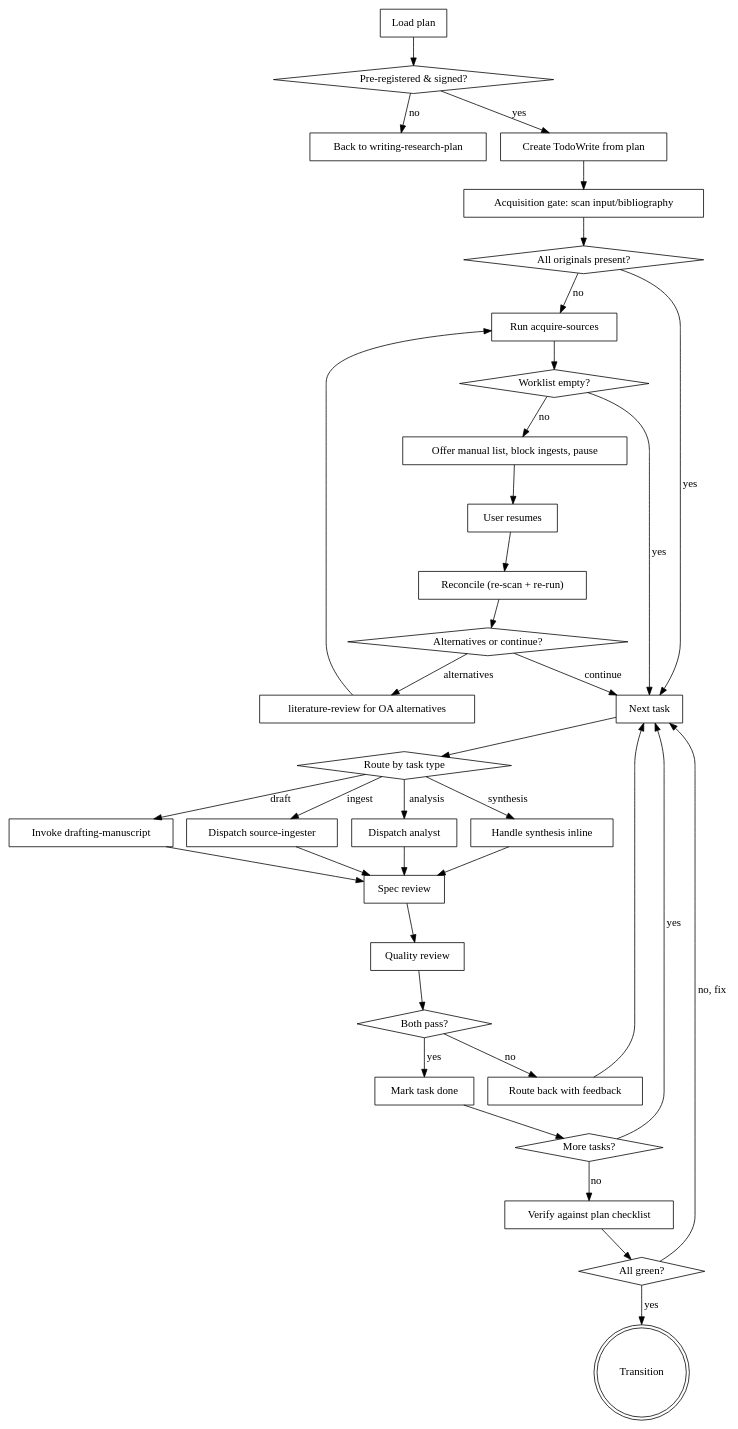
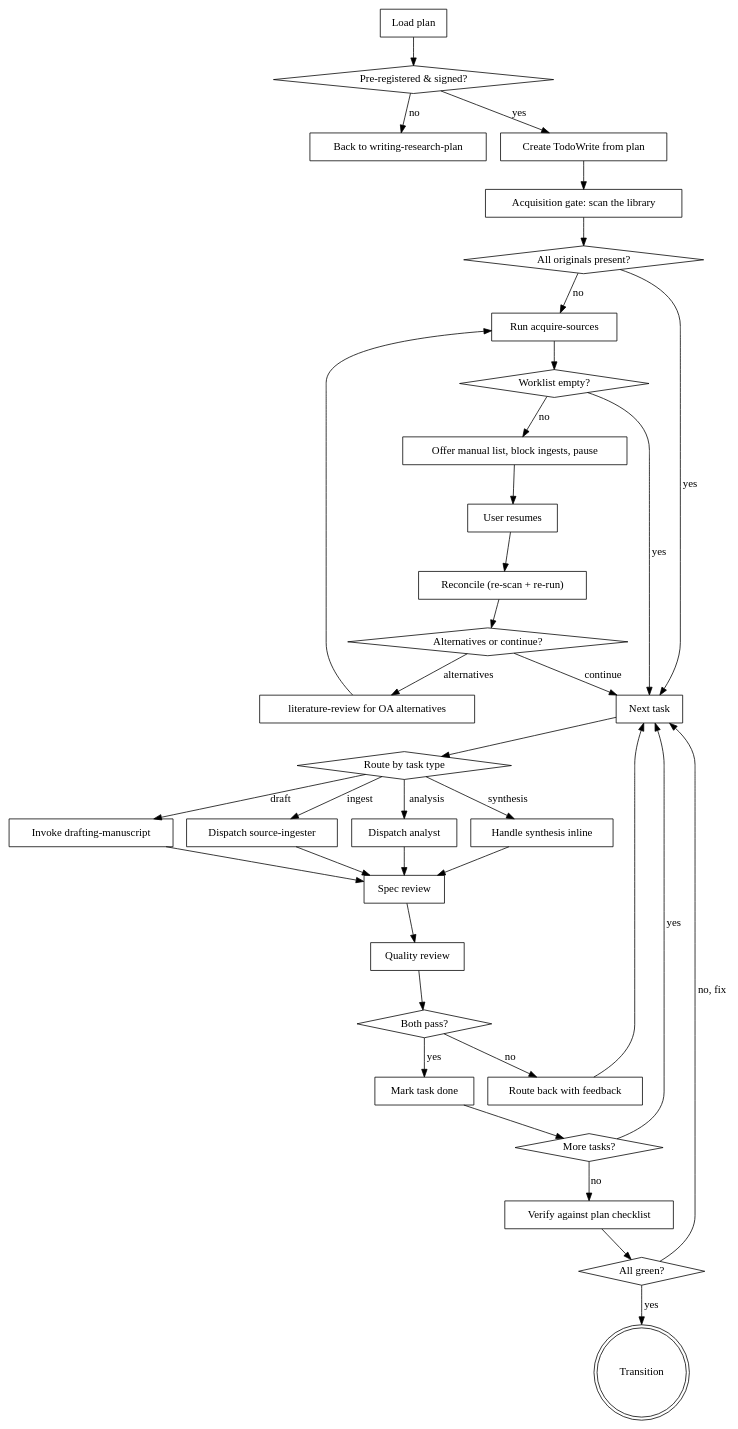
Before and after one commit to leiverkus/research-superpowers: the diagram in skills/executing-research-plan/SKILL.md, drawn with Graphviz. The commit also changed other lines of this file and 31 other files, not shown here.

````diff
--- a/skills/executing-research-plan/SKILL.md
+++ b/skills/executing-research-plan/SKILL.md
@@ -115,69 +115,69 @@
 ```dot
 digraph executing {
     "Load plan" [shape=box];
     "Pre-registered & signed?" [shape=diamond];
     "Back to writing-research-plan" [shape=box];
     "Create TodoWrite from plan" [shape=box];
-    "Acquisition gate: scan input/bibliography" [shape=box];
+    "Acquisition gate: scan the library" [shape=box];
     "All originals present?" [shape=diamond];
     "Run acquire-sources" [shape=box];
     "Worklist empty?" [shape=diamond];
     "Offer manual list, block ingests, pause" [shape=box];
     "User resumes" [shape=box];
     "Reconcile (re-scan + re-run)" [shape=box];
     "Alternatives or continue?" [shape=diamond];
     "literature-review for OA alternatives" [shape=box];
     "Next task" [shape=box];
     "Route by task type" [shape=diamond];
     "Dispatch source-ingester" [shape=box];
     "Dispatch analyst" [shape=box];
     "Handle synthesis inline" [shape=box];
     "Invoke drafting-manuscript" [shape=box];
     "Spec review" [shape=box];
     "Quality review" [shape=box];
     "Both pass?" [shape=diamond];
     "Route back with feedback" [shape=box];
     "Mark task done" [shape=box];
     "More tasks?" [shape=diamond];
     "Verify against plan checklist" [shape=box];
     "All green?" [shape=diamond];
     "Transition" [shape=doublecircle];
 
     "Load plan" -> "Pre-registered & signed?";
     "Pre-registered & signed?" -> "Back to writing-research-plan" [label="no"];
     "Pre-registered & signed?" -> "Create TodoWrite from plan" [label="yes"];
-    "Create TodoWrite from plan" -> "Acquisition gate: scan input/bibliography";
-    "Acquisition gate: scan input/bibliography" -> "All originals present?";
+    "Create TodoWrite from plan" -> "Acquisition gate: scan the library";
+    "Acquisition gate: scan the library" -> "All originals present?";
     "All originals present?" -> "Next task" [label="yes"];
     "All originals present?" -> "Run acquire-sources" [label="no"];
     "Run acquire-sources" -> "Worklist empty?";
     "Worklist empty?" -> "Next task" [label="yes"];
     "Worklist empty?" -> "Offer manual list, block ingests, pause" [label="no"];
     "Offer manual list, block ingests, pause" -> "User resumes";
     "User resumes" -> "Reconcile (re-scan + re-run)";
     "Reconcile (re-scan + re-run)" -> "Alternatives or continue?";
     "Alternatives or continue?" -> "literature-review for OA alternatives" [label="alternatives"];
     "literature-review for OA alternatives" -> "Run acquire-sources";
     "Alternatives or continue?" -> "Next task" [label="continue"];
     "Next task" -> "Route by task type";
     "Route by task type" -> "Dispatch source-ingester" [label="ingest"];
     "Route by task type" -> "Dispatch analyst" [label="analysis"];
     "Route by task type" -> "Handle synthesis inline" [label="synthesis"];
     "Route by task type" -> "Invoke drafting-manuscript" [label="draft"];
     "Dispatch source-ingester" -> "Spec review";
     "Dispatch analyst" -> "Spec review";
     "Handle synthesis inline" -> "Spec review";
     "Invoke drafting-manuscript" -> "Spec review";
     "Spec review" -> "Quality review";
     "Quality review" -> "Both pass?";
     "Both pass?" -> "Route back with feedback" [label="no"];
     "Route back with feedback" -> "Next task";
     "Both pass?" -> "Mark task done" [label="yes"];
     "Mark task done" -> "More tasks?";
     "More tasks?" -> "Next task" [label="yes"];
     "More tasks?" -> "Verify against plan checklist" [label="no"];
     "Verify against plan checklist" -> "All green?";
     "All green?" -> "Next task" [label="no, fix"];
     "All green?" -> "Transition" [label="yes"];
 }
 ```
````
